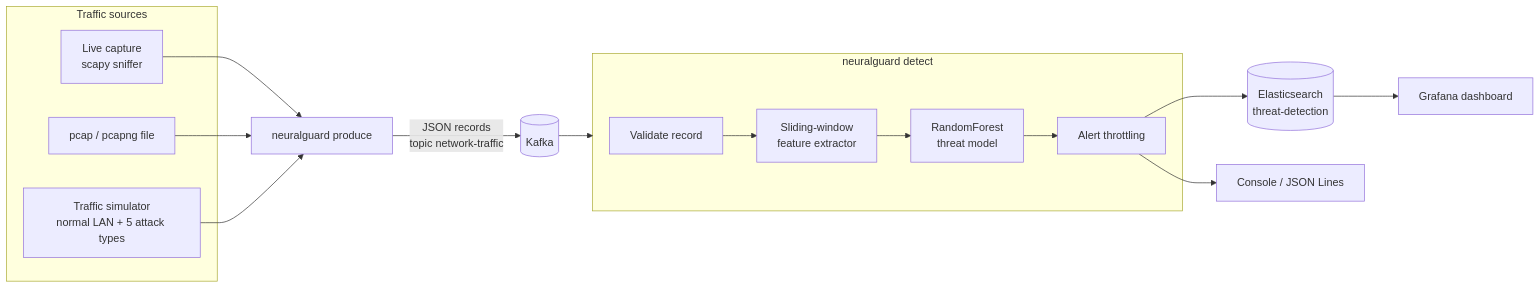
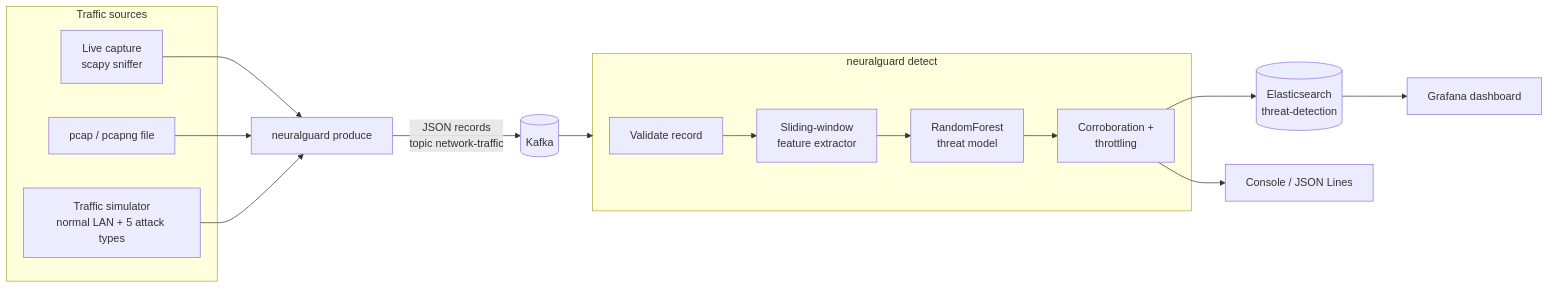
Before and after one commit to Adithya2357/NeuralGuard: the diagram in README.md, drawn with Mermaid. The commit also changed other lines of this file and 34 other files, not shown here.

First line of the commit message:
Harden detection after an adversarial review; add alert corroboration (#7)

````diff
--- a/README.md
+++ b/README.md
@@ -51,21 +54,21 @@
 ```mermaid
 flowchart LR
     subgraph sources[Traffic sources]
         live[Live capture<br/>scapy sniffer]
         pcap[pcap / pcapng file]
         sim[Traffic simulator<br/>normal LAN + 5 attack types]
     end
     live --> produce[neuralguard produce]
     pcap --> produce
     sim --> produce
     produce -- JSON records<br/>topic network-traffic --> kafka[(Kafka)]
     kafka --> detect
     subgraph detect[neuralguard detect]
         norm[Validate record] --> feat[Sliding-window<br/>feature extractor]
         feat --> model[RandomForest<br/>threat model]
-        model --> throttle[Alert throttling]
+        model --> throttle[Corroboration +<br/>throttling]
     end
     throttle --> es[(Elasticsearch<br/>threat-detection)]
     throttle --> console[Console / JSON Lines]
     es --> grafana[Grafana dashboard]
 ```
````
